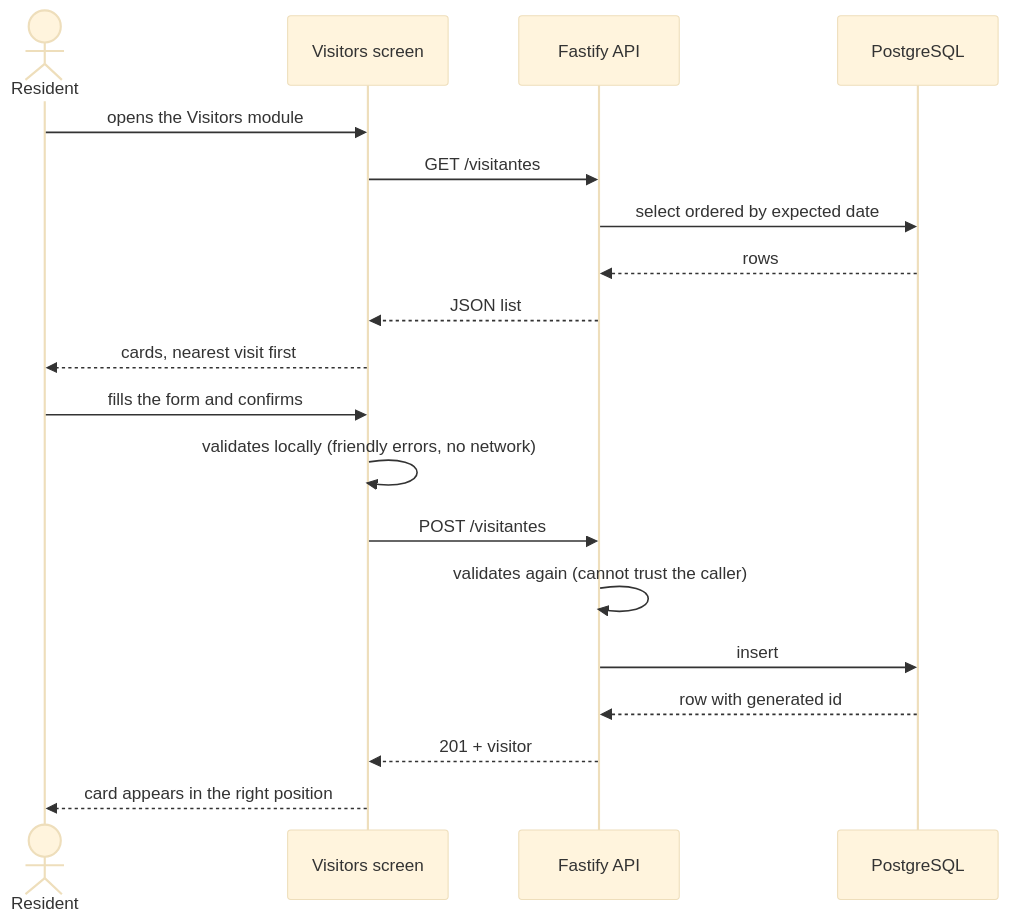
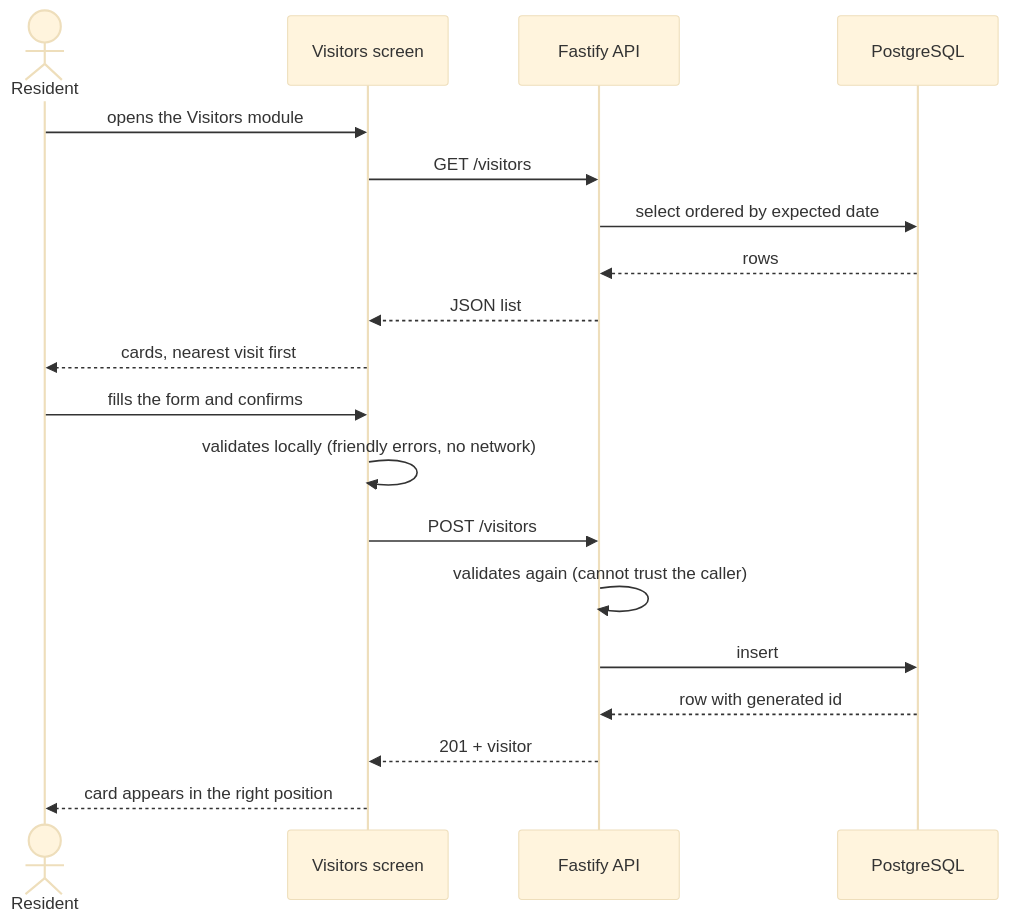
One commit to devfilip1/Condfy changed the diagram in docs/product.md. Above: the diagram before and after it, drawn with Mermaid (base theme). The commit also changed other lines of this file and 11 other files, not shown here.

````diff
--- a/docs/product.md
+++ b/docs/product.md
@@ -51,22 +51,22 @@
 ```mermaid
 sequenceDiagram
     actor R as Resident
     participant App as Visitors screen
     participant API as Fastify API
     participant DB as PostgreSQL
 
     R->>App: opens the Visitors module
-    App->>API: GET /visitantes
+    App->>API: GET /visitors
     API->>DB: select ordered by expected date
     DB-->>API: rows
     API-->>App: JSON list
     App-->>R: cards, nearest visit first
     R->>App: fills the form and confirms
     App->>App: validates locally (friendly errors, no network)
-    App->>API: POST /visitantes
+    App->>API: POST /visitors
     API->>API: validates again (cannot trust the caller)
     API->>DB: insert
     DB-->>API: row with generated id
     API-->>App: 201 + visitor
     App-->>R: card appears in the right position
 ```
````
